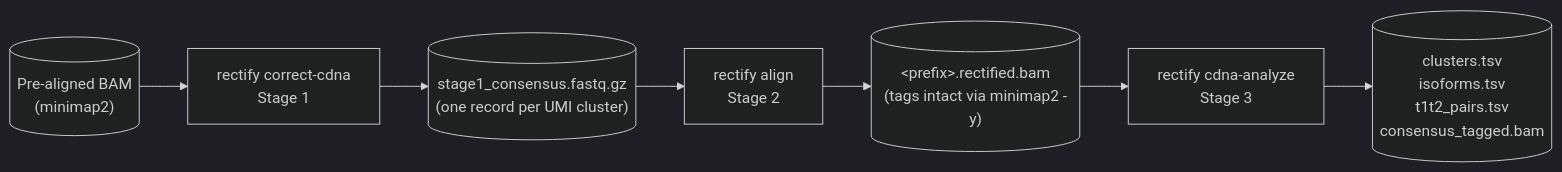
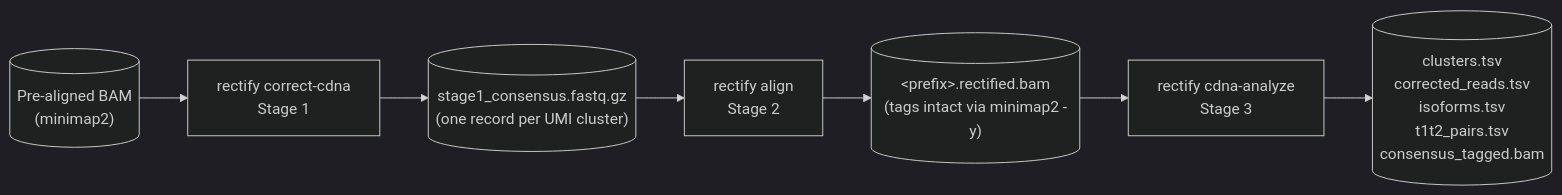
The diagram in docs/user_guide/commands/correct_cdna_overview.md (k-roy/RECTIFY), drawn with Mermaid (dark theme) before and after one commit. The commit also changed other lines of this file and 68 other files, not shown here.

````diff
--- a/docs/user_guide/commands/correct_cdna_overview.md
+++ b/docs/user_guide/commands/correct_cdna_overview.md
@@ -17,12 +17,12 @@
 ```mermaid
 flowchart LR
     BAM[("Pre-aligned BAM<br/>(minimap2)")]
     CDNA["rectify correct-cdna<br/>Stage 1"]
     FQ[("stage1_consensus.fastq.gz<br/>(one record per UMI cluster)")]
     ALIGN["rectify align<br/>Stage 2"]
     REBAM[("&lt;prefix&gt;.rectified.bam<br/>(tags intact via minimap2 -y)")]
     ANALYZE["rectify cdna-analyze<br/>Stage 3"]
-    OUT[("clusters.tsv<br/>isoforms.tsv<br/>t1t2_pairs.tsv<br/>consensus_tagged.bam")]
+    OUT[("clusters.tsv<br/>corrected_reads.tsv<br/>isoforms.tsv<br/>t1t2_pairs.tsv<br/>consensus_tagged.bam")]
 
     BAM --> CDNA --> FQ --> ALIGN --> REBAM --> ANALYZE --> OUT
 ```
````
